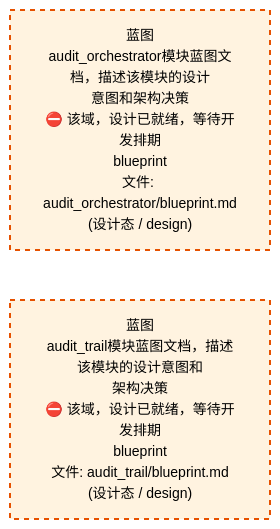
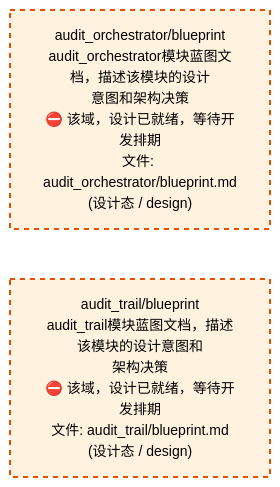
One commit to xuanFelixVan/ZephyrAlpha changed the third of 4 diagrams in docs/02_enterprise_architecture/02_domain_architecture_docs/50_d_gov_audit.md. Above: the diagram before and after it, drawn with Mermaid. The commit also changed other lines of this file and 58 other files, not shown here.

````diff
--- a/docs/02_enterprise_architecture/02_domain_architecture_docs/50_d_gov_audit.md
+++ b/docs/02_enterprise_architecture/02_domain_architecture_docs/50_d_gov_audit.md
@@ -813,12 +813,12 @@
 ```mermaid
 %%{init: {'theme': 'base', 'themeVariables': {'primaryColor': '#eaeaea', 'primaryTextColor': '#333333', 'primaryBorderColor': '#666666', 'lineColor': '#666666', 'secondaryColor': '#eaeaea', 'tertiaryColor': '#eaeaea', 'fontSize': '14px'}}}%%
 flowchart TD
-    docs_03_modules_cross_layer_audit_orchestrator_blueprint_md["蓝图<br/>audit_orchestrator模块蓝图文档，描述该模块的设计<br/>意图和架构决策<br/>⛔ 该域，设计已就绪，等待开发排期<br/>blueprint<br/>文件: audit_orchestrator/blueprint.md<br/>(设计态 / design)"]
-    docs_03_modules_domain_governance_audit_trail_blueprint_md["蓝图<br/>audit_trail模块蓝图文档，描述该模块的设计意图和<br/>架构决策<br/>⛔ 该域，设计已就绪，等待开发排期<br/>blueprint<br/>文件: audit_trail/blueprint.md<br/>(设计态 / design)"]
+    docs_03_modules_cross_layer_audit_orchestrator_blueprint_md["audit_orchestrator/blueprint<br/>audit_orchestrator模块蓝图文档，描述该模块的设计<br/>意图和架构决策<br/>⛔ 该域，设计已就绪，等待开发排期<br/>文件: audit_orchestrator/blueprint.md<br/>(设计态 / design)"]
+    docs_03_modules_domain_governance_audit_trail_blueprint_md["audit_trail/blueprint<br/>audit_trail模块蓝图文档，描述该模块的设计意图和<br/>架构决策<br/>⛔ 该域，设计已就绪，等待开发排期<br/>文件: audit_trail/blueprint.md<br/>(设计态 / design)"]
     docs_03_modules_cross_layer_audit_orchestrator_blueprint_md ~~~ docs_03_modules_domain_governance_audit_trail_blueprint_md
     classDef production fill:#e1f5fe,stroke:#01579b,stroke-width:2px,color:#000
     classDef design fill:#fff3e0,stroke:#e65100,stroke-width:2px,color:#000,stroke-dasharray: 5 5
     classDef external_prod fill:#e8f4fd,stroke:#0277bd,stroke-width:1px,color:#000
     classDef external_design fill:#fff8e7,stroke:#ef6c00,stroke-width:1px,color:#000,stroke-dasharray: 5 5
     class docs_03_modules_cross_layer_audit_orchestrator_blueprint_md,docs_03_modules_domain_governance_audit_trail_blueprint_md design
 ```
````
